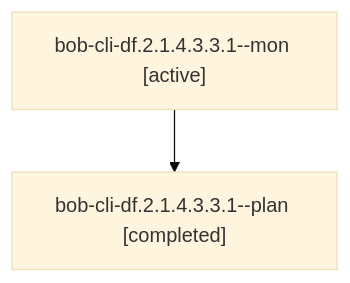
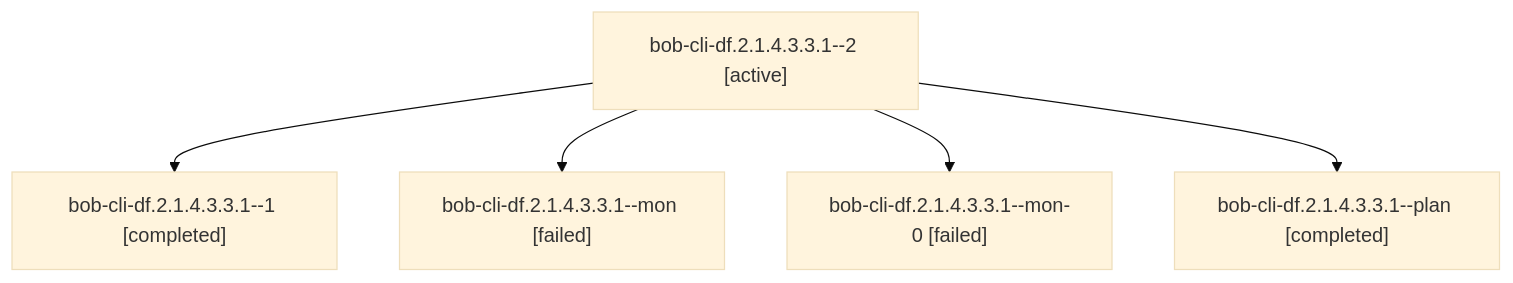
Before and after one commit to bobs-org/bob-cli--agents: the diagram in sessions/bbugyi200.athena.bob-cli-df.2.1.4.3.3.1.md, drawn with Mermaid (base theme). The commit also changed other lines of this file and 147 other files, not shown here.

````diff
--- a/sessions/bbugyi200.athena.bob-cli-df.2.1.4.3.3.1.md
+++ b/sessions/bbugyi200.athena.bob-cli-df.2.1.4.3.3.1.md
@@ -9,6 +9,12 @@
 ```mermaid
 flowchart TD
-  n0["bob-cli-df.2.1.4.3.3.1--mon [active]"]
-  n1["bob-cli-df.2.1.4.3.3.1--plan [completed]"]
+  n0["bob-cli-df.2.1.4.3.3.1--2 [active]"]
+  n1["bob-cli-df.2.1.4.3.3.1--1 [completed]"]
   n0 --> n1
+  n2["bob-cli-df.2.1.4.3.3.1--mon [failed]"]
+  n0 --> n2
+  n3["bob-cli-df.2.1.4.3.3.1--mon-0 [failed]"]
+  n0 --> n3
+  n4["bob-cli-df.2.1.4.3.3.1--plan [completed]"]
+  n0 --> n4
 ```
````
